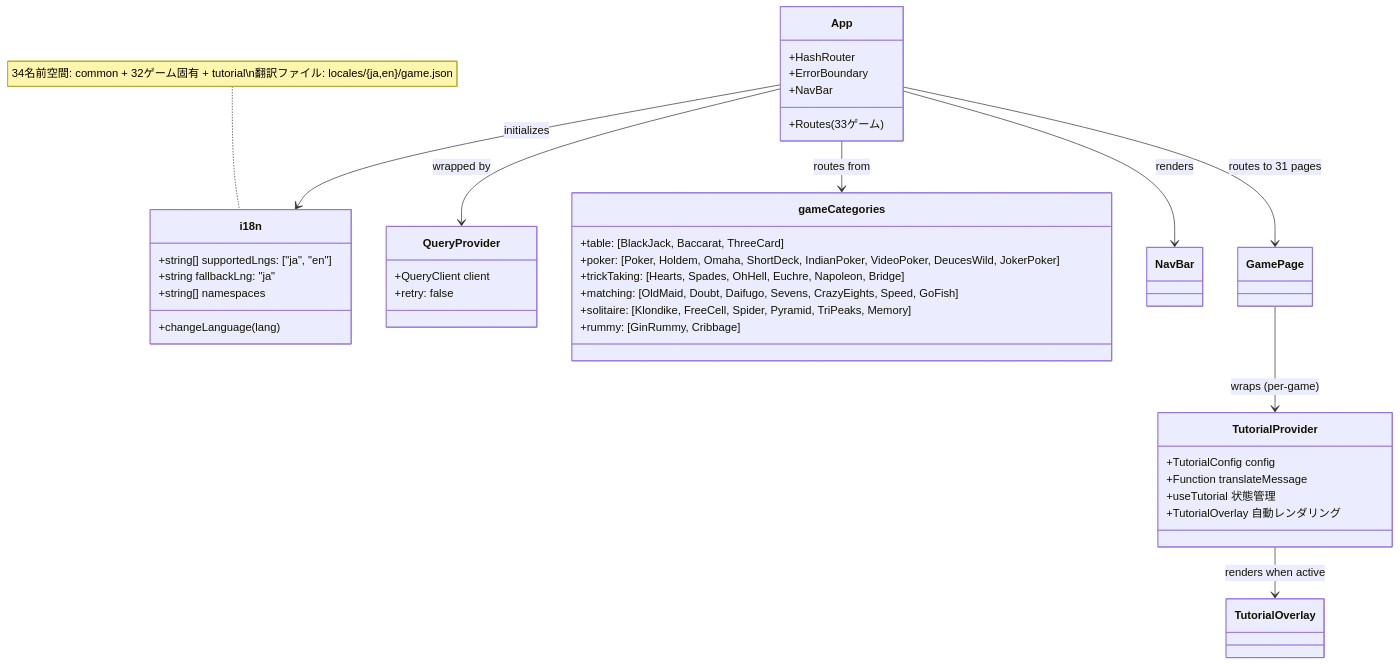
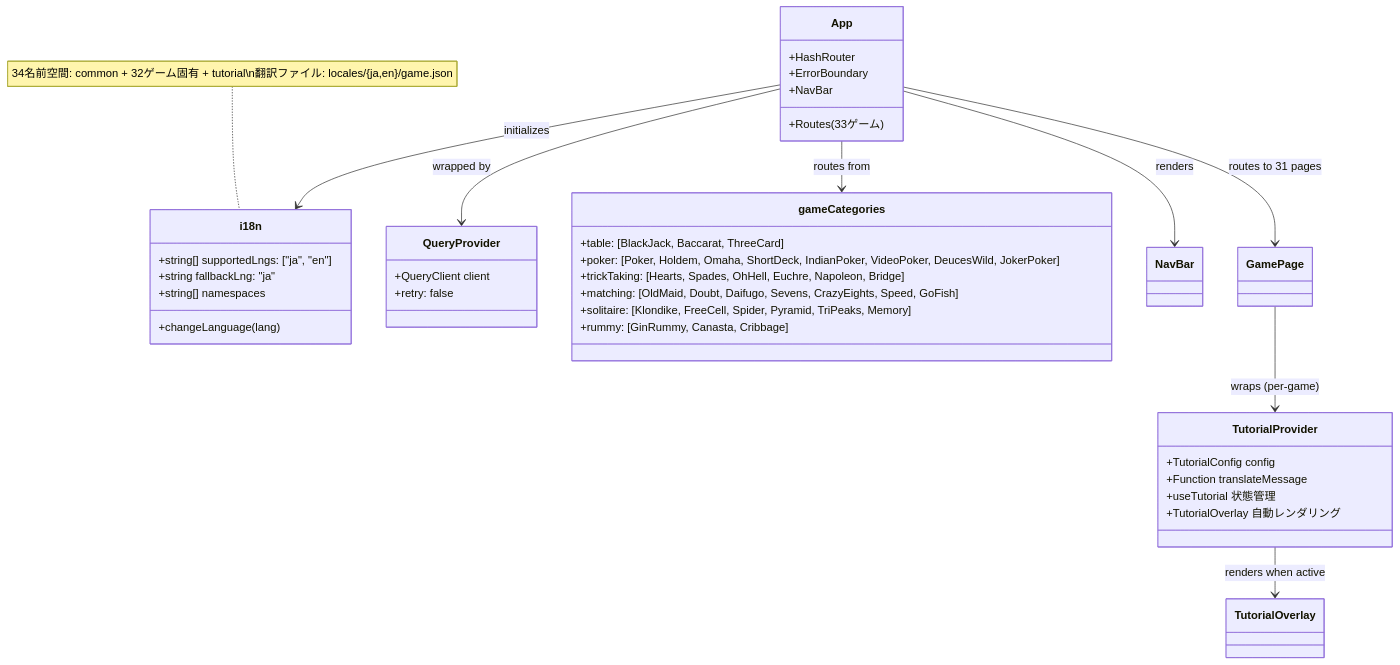
Before and after one commit to yuta-yoshinaga/go_trumpcards: the ninth of 26 diagrams in docs/design/frontend.md, drawn with Mermaid. The commit also changed other lines of this file and 2 other files, not shown here.

First line of the commit message:
docs: add Canasta to openapi.yaml and UML design docs

````diff
--- a/docs/design/frontend.md
+++ b/docs/design/frontend.md
@@ -1158,47 +1217,47 @@
 ```mermaid
 classDiagram
     class i18n {
         +string[] supportedLngs: ["ja", "en"]
         +string fallbackLng: "ja"
         +string[] namespaces
         +changeLanguage(lang)
     }
 
     class QueryProvider {
         +QueryClient client
         +retry: false
     }
 
     class App {
         +HashRouter
         +ErrorBoundary
         +NavBar
         +Routes (33ゲーム)
     }
 
     class gameCategories {
         +table: [BlackJack, Baccarat, ThreeCard]
         +poker: [Poker, Holdem, Omaha, ShortDeck, IndianPoker, VideoPoker, DeucesWild, JokerPoker]
         +trickTaking: [Hearts, Spades, OhHell, Euchre, Napoleon, Bridge]
         +matching: [OldMaid, Doubt, Daifugo, Sevens, CrazyEights, Speed, GoFish]
         +solitaire: [Klondike, FreeCell, Spider, Pyramid, TriPeaks, Memory]
-        +rummy: [GinRummy, Cribbage]
+        +rummy: [GinRummy, Canasta, Cribbage]
     }
 
     class TutorialProvider {
         +TutorialConfig config
         +Function translateMessage
         +useTutorial 状態管理
         +TutorialOverlay 自動レンダリング
     }
 
     App --> QueryProvider : wrapped by
     App --> i18n : initializes
     App --> gameCategories : routes from
     App --> NavBar : renders
     App --> GamePage : routes to 31 pages
     GamePage --> TutorialProvider : wraps (per-game)
     TutorialProvider --> TutorialOverlay : renders when active
 
     note for i18n "34名前空間: common + 32ゲーム固有 + tutorial\n翻訳ファイル: locales/{ja,en}/game.json"
 ```
````
